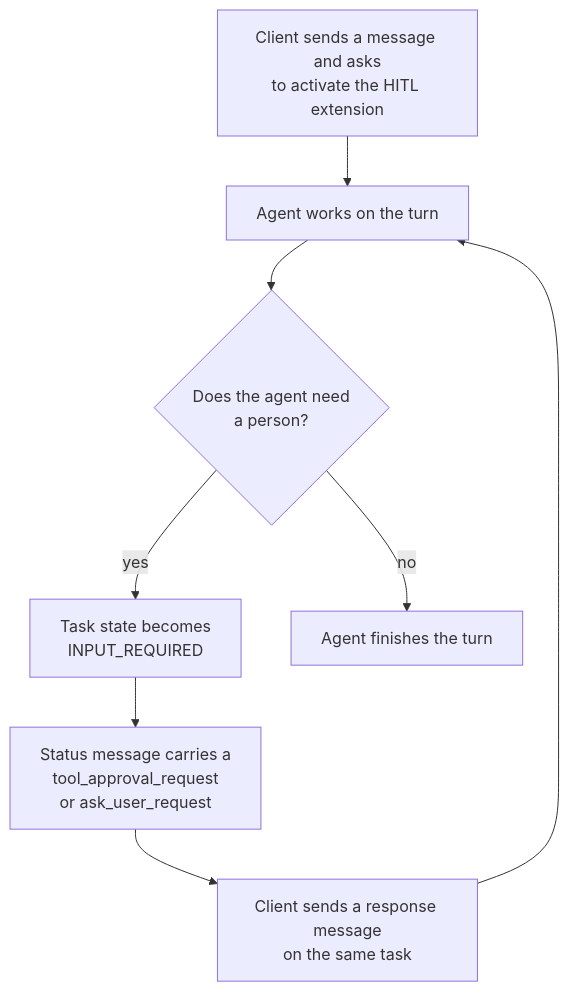
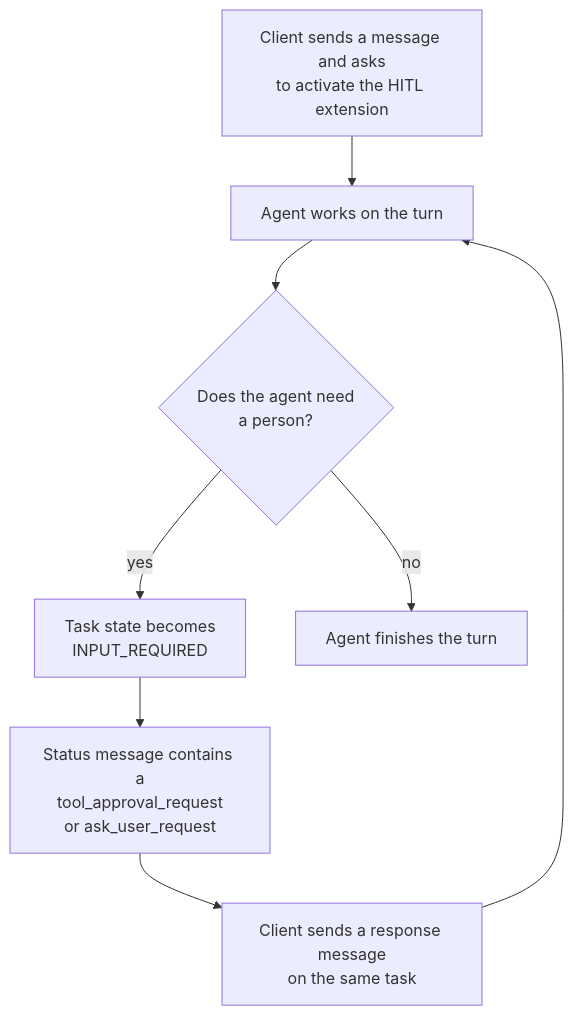
Before and after one commit to kagent-dev/website: the diagram in docs-site/content/kagent/1.x/agents/human-in-the-loop.md, drawn with Mermaid. The commit also changed other lines of this file and 7 other files, not shown here.

````diff
--- a/docs-site/content/kagent/1.x/agents/human-in-the-loop.md
+++ b/docs-site/content/kagent/1.x/agents/human-in-the-loop.md
@@ -18,18 +18,18 @@
 ```mermaid
 flowchart TB
     caller["Client sends a message and asks<br>to activate the HITL extension"]
     working["Agent works on the turn"]
     decision{"Does the agent need<br>a person?"}
     pause["Task state becomes<br>INPUT_REQUIRED"]
-    request["Status message carries a<br>tool_approval_request<br>or ask_user_request"]
+    request["Status message contains a<br>tool_approval_request<br>or ask_user_request"]
     answer["Client sends a response message<br>on the same task"]
     done["Agent finishes the turn"]
 
     caller --> working
     working --> decision
     decision -->|no| done
     decision -->|yes| pause
     pause --> request
     request --> answer
     answer --> working
 ```
````
